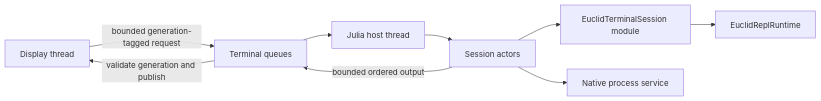
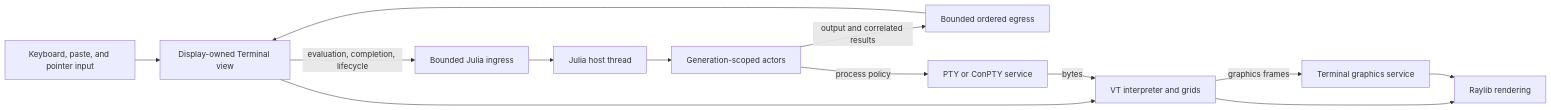
The first of 12 diagrams in docs/wiki/Guides/TerminalArchitecture.md (derekshoneycutt/Euclid), drawn with Mermaid before and after one commit. The commit also changed other lines of this file and 2 other files, not shown here.

````diff
--- a/docs/wiki/Guides/TerminalArchitecture.md
+++ b/docs/wiki/Guides/TerminalArchitecture.md
@@ -39,11 +44,23 @@
 ```mermaid
 flowchart LR
-    D[Display thread] -->|bounded generation-tagged request| Q[Terminal queues]
-    Q --> J[Julia host thread]
-    J --> A[Session actors]
-    A --> R[EuclidTerminalSession module]
-    R --> E[EuclidReplRuntime]
-    A -->|bounded ordered output| Q
-    Q -->|validate generation and publish| D
-    A --> P[Native process service]
+    User[Keyboard, paste, and pointer input]
+    View[Display-owned Terminal view]
+    Ingress[Bounded Julia ingress]
+    Host[Julia host thread]
+    Actors[Generation-scoped actors]
+    Egress[Bounded ordered egress]
+    Emulator[VT interpreter and grids]
+    Native[PTY or ConPTY service]
+    Graphics[Terminal graphics service]
+    Draw[Raylib rendering]
+
+    User --> View
+    View -->|evaluation, completion, lifecycle| Ingress
+    Ingress --> Host --> Actors
+    Actors -->|output and correlated results| Egress
+    Egress --> View
+    View --> Emulator --> Draw
+    Actors -->|process policy| Native
+    Native -->|bytes| Emulator
+    Emulator -->|graphics frames| Graphics --> Draw
 ```
````
